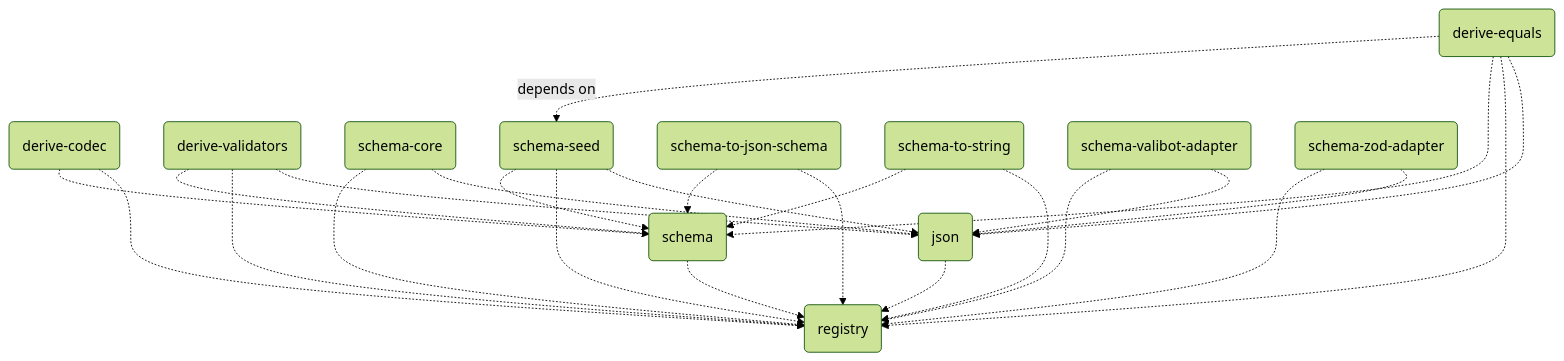
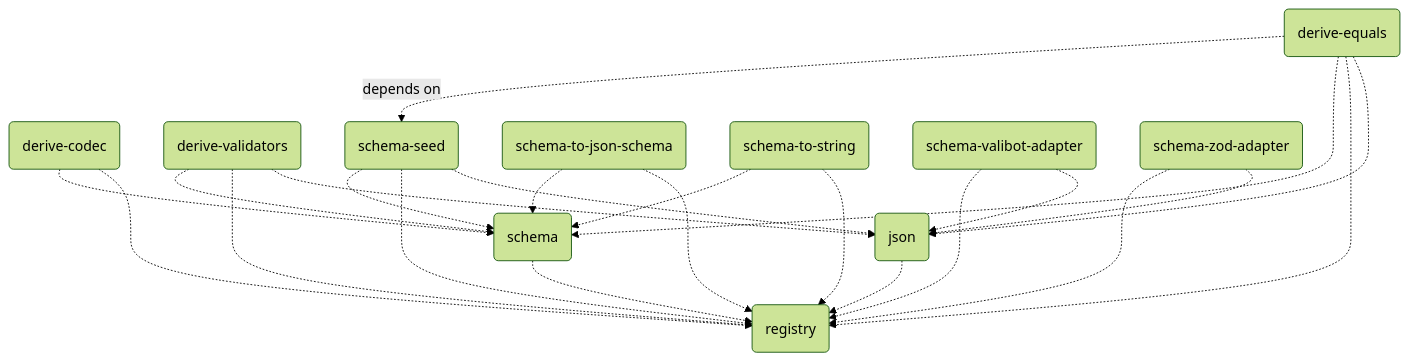
One commit to traversable/schema changed the diagram in README.md. Above: the diagram before and after it, drawn with Mermaid (forest theme). The commit also changed 31 other files, not shown here.

Commit message:
rm(schema-core): removes internal package `@traversable/schema-core`

````diff
--- a/README.md
+++ b/README.md
@@ -376,28 +376,26 @@
 ```mermaid
 flowchart TD
     registry(registry)
     json(json) -.-> registry(registry)
     schema(schema) -.-> registry(registry)
     derive-codec(derive-codec) -.-> registry(registry)
     derive-codec(derive-codec) -.-> schema(schema)
     derive-validators(derive-validators) -.-> json(json)
     derive-validators(derive-validators) -.-> registry(registry)
     derive-validators(derive-validators) -.-> schema(schema)
-    schema-core(schema-core) -.-> json(json)
-    schema-core(schema-core) -.-> registry(registry)
     schema-seed(schema-seed) -.-> json(json)
     schema-seed(schema-seed) -.-> registry(registry)
     schema-seed(schema-seed) -.-> schema(schema)
     schema-to-json-schema(schema-to-json-schema) -.-> registry(registry)
     schema-to-json-schema(schema-to-json-schema) -.-> schema(schema)
     schema-to-string(schema-to-string) -.-> registry(registry)
     schema-to-string(schema-to-string) -.-> schema(schema)
     schema-valibot-adapter(schema-valibot-adapter) -.-> json(json)
     schema-valibot-adapter(schema-valibot-adapter) -.-> registry(registry)
     schema-zod-adapter(schema-zod-adapter) -.-> json(json)
     schema-zod-adapter(schema-zod-adapter) -.-> registry(registry)
     derive-equals(derive-equals) -.-> json(json)
     derive-equals(derive-equals) -.-> registry(registry)
     derive-equals(derive-equals) -.-> schema(schema)
     derive-equals(derive-equals) -.depends on.-> schema-seed(schema-seed)
 ```
````
